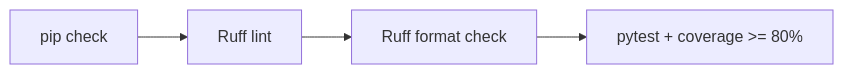
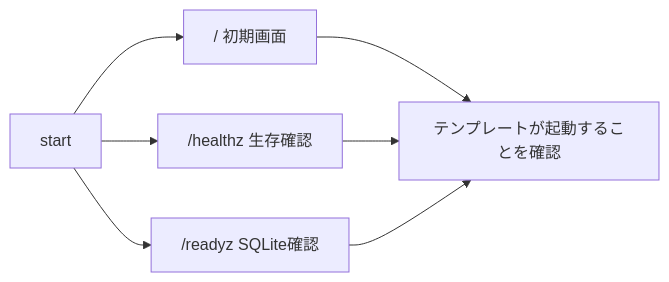
Before and after one commit to k-systems202208/python-sqlite-tailscale-webapp-template: the second of 7 diagrams in GETTING-STARTED.md, drawn with Mermaid. The commit also changed other lines of this file, not shown here.

````diff
--- a/GETTING-STARTED.md
+++ b/GETTING-STARTED.md
@@ -139,6 +187,9 @@
 ```mermaid
 flowchart LR
-    A["pip check"] --> B["Ruff lint"]
-    B --> C["Ruff format check"]
-    C --> D["pytest + coverage >= 80%"]
+    A["start"] --> B["/  初期画面"]
+    A --> C["/healthz  生存確認"]
+    A --> D["/readyz  SQLite確認"]
+    B --> E["テンプレートが起動することを確認"]
+    C --> E
+    D --> E
 ```
````
